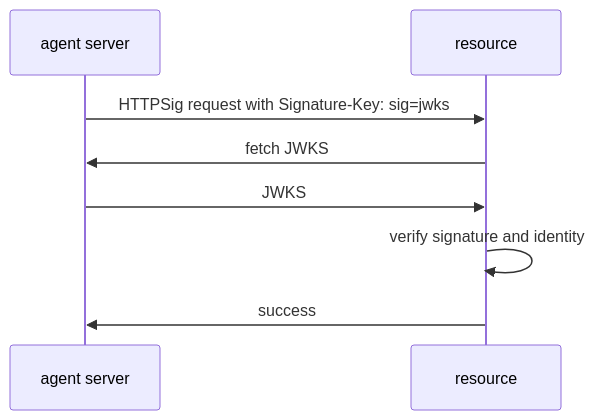
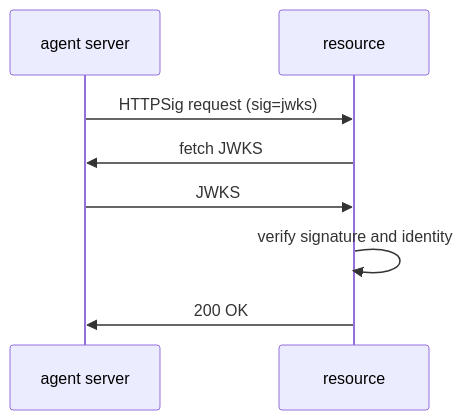
One commit to dickhardt/agent-auth changed the second of 8 diagrams in README.md. Above: the diagram before and after it, drawn with Mermaid. The commit also changed other lines of this file, not shown here.

First line of the commit message:
Update to four signature schemes with required x5t

````diff
--- a/README.md
+++ b/README.md
@@ -251,11 +190,11 @@
 ```mermaid
 sequenceDiagram
-    participant AgentServer as agent server
+    participant Agent as agent server
     participant Resource as resource
 
-    AgentServer->>Resource: HTTPSig request with Signature-Key: sig=jwks
-    Resource->>AgentServer: fetch JWKS
-    AgentServer->>Resource: JWKS
+    Agent->>Resource: HTTPSig request (sig=jwks)
+    Resource->>Agent: fetch JWKS
+    Agent->>Resource: JWKS
     Resource->>Resource: verify signature and identity
-    Resource->>AgentServer: success
+    Resource->>Agent: 200 OK
 ```
````
